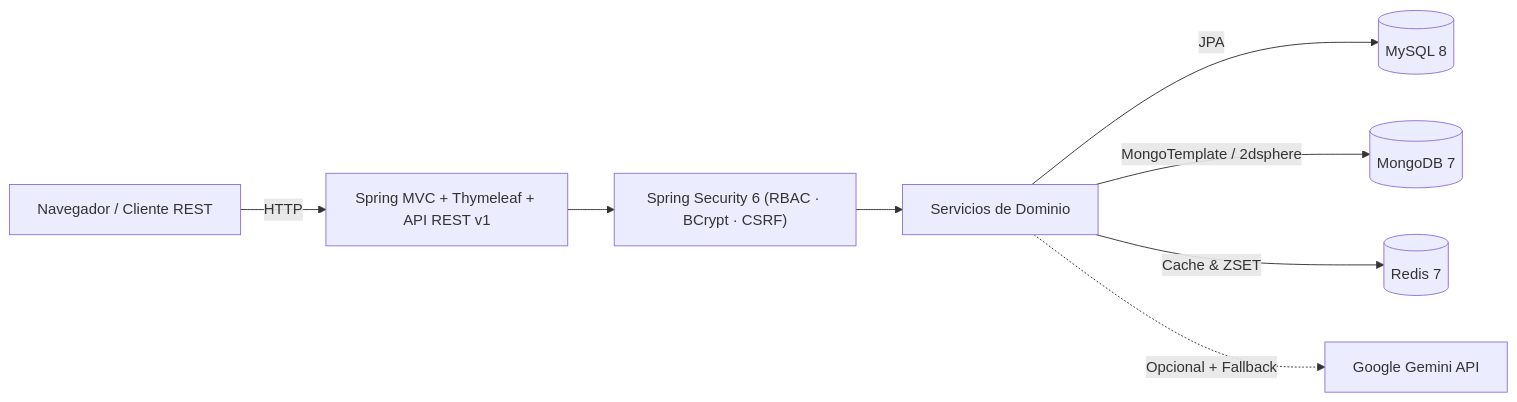
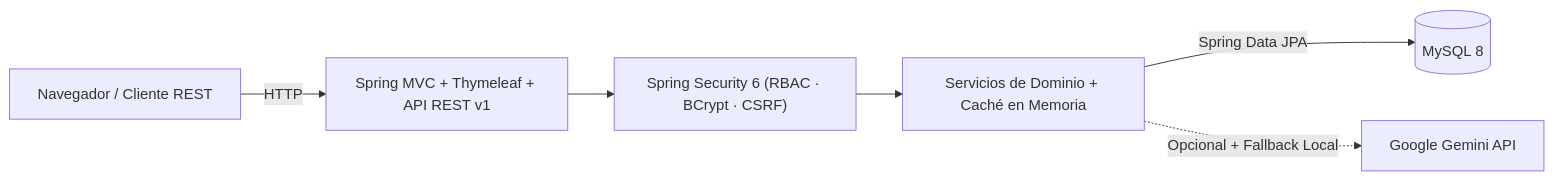
Before and after one commit to josezambranol/Odyssey: the diagram in README.md, drawn with Mermaid. The commit also changed other lines of this file and 95 other files, not shown here.

````diff
--- a/README.md
+++ b/README.md
@@ -30,10 +29,8 @@
 ```mermaid
 flowchart LR
     Client["Navegador / Cliente REST"] -->|HTTP| Web["Spring MVC + Thymeleaf + API REST v1"]
     Web --> Sec["Spring Security 6 (RBAC · BCrypt · CSRF)"]
-    Sec --> Services["Servicios de Dominio"]
-    Services -->|JPA| MySQL[("MySQL 8")]
-    Services -->|MongoTemplate / 2dsphere| Mongo[("MongoDB 7")]
-    Services -->|Cache & ZSET| Redis[("Redis 7")]
-    Services -.->|Opcional + Fallback| Gemini["Google Gemini API"]
+    Sec --> Services["Servicios de Dominio + Caché en Memoria"]
+    Services -->|Spring Data JPA| MySQL[("MySQL 8")]
+    Services -.->|Opcional + Fallback Local| Gemini["Google Gemini API"]
 ```
````
